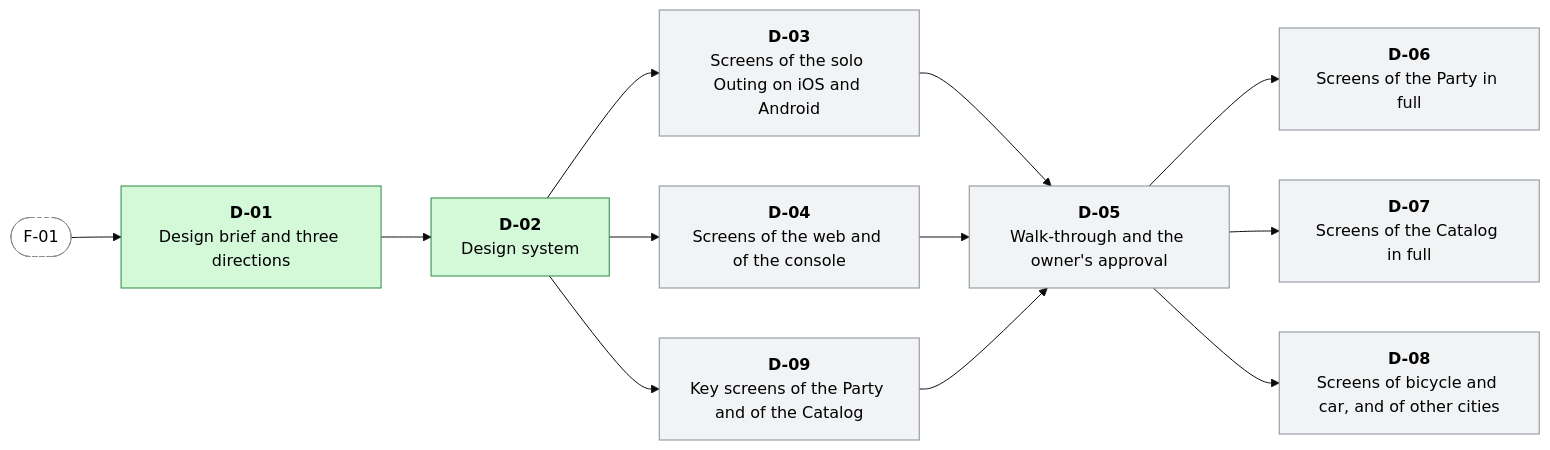
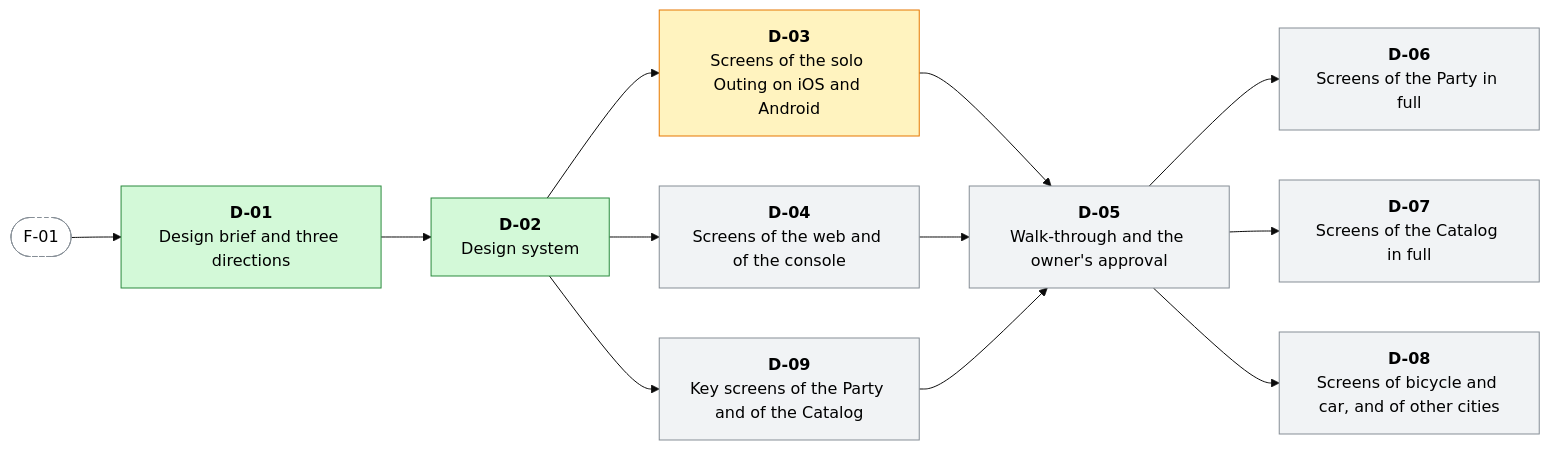
One commit to menisika/Smart-Tour-Guide-and-Itinerary-Planner changed the second of 17 diagrams in docs/WORK-PLAN.md. Above: the diagram before and after it, drawn with Mermaid (base theme). The commit also changed other lines of this file, not shown here.

First line of the commit message:
docs(docs): start the screens of the solo Outing

````diff
--- a/docs/WORK-PLAN.md
+++ b/docs/WORK-PLAN.md
@@ -272,29 +272,29 @@
 ```mermaid
 flowchart LR
   classDef done fill:#d3f9d8,stroke:#2b8a3e,color:#000
   classDef progress fill:#fff3bf,stroke:#e67700,color:#000
   classDef blocked fill:#ffe3e3,stroke:#c92a2a,color:#000
   classDef todo fill:#f1f3f5,stroke:#868e96,color:#000
   classDef outside fill:#ffffff,stroke:#868e96,stroke-dasharray:4 3,color:#000
   D_01["<b>D-01</b><br/>Design brief and three directions"]:::done
   D_02["<b>D-02</b><br/>Design system"]:::done
-  D_03["<b>D-03</b><br/>Screens of the solo Outing on iOS and Android"]:::todo
+  D_03["<b>D-03</b><br/>Screens of the solo Outing on iOS and Android"]:::progress
   D_04["<b>D-04</b><br/>Screens of the web and of the console"]:::todo
   D_09["<b>D-09</b><br/>Key screens of the Party and of the Catalog"]:::todo
   D_05["<b>D-05</b><br/>Walk-through and the owner's approval"]:::todo
   D_06["<b>D-06</b><br/>Screens of the Party in full"]:::todo
   D_07["<b>D-07</b><br/>Screens of the Catalog in full"]:::todo
   D_08["<b>D-08</b><br/>Screens of bicycle and car, and of other cities"]:::todo
   F_01(["F-01"]):::outside
   F_01 --> D_01
   D_01 --> D_02
   D_02 --> D_03
   D_02 --> D_04
   D_02 --> D_09
   D_03 --> D_05
   D_04 --> D_05
   D_09 --> D_05
   D_05 --> D_06
   D_05 --> D_07
   D_05 --> D_08
 ```
````
